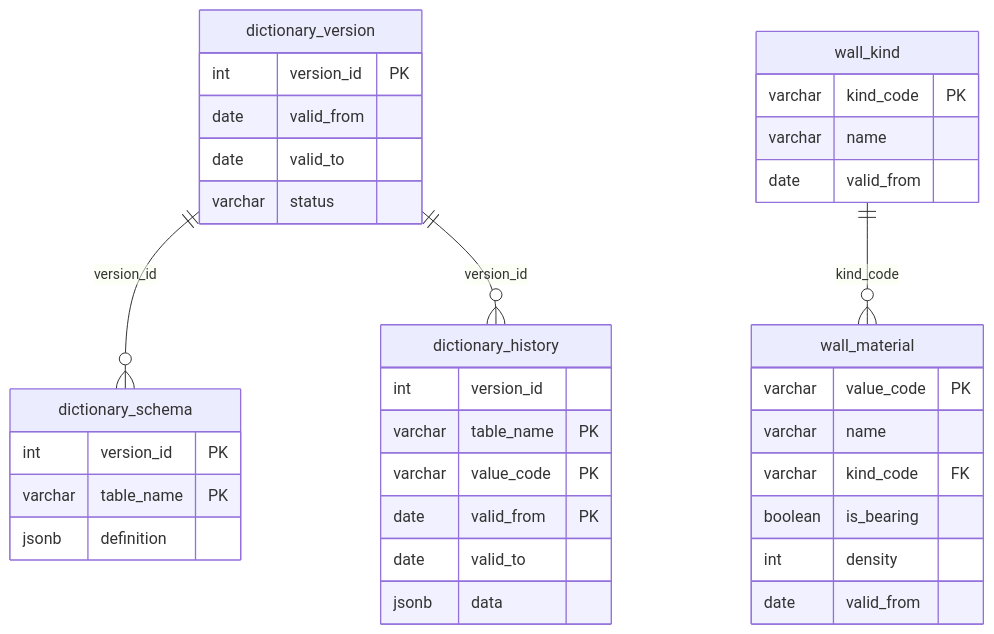
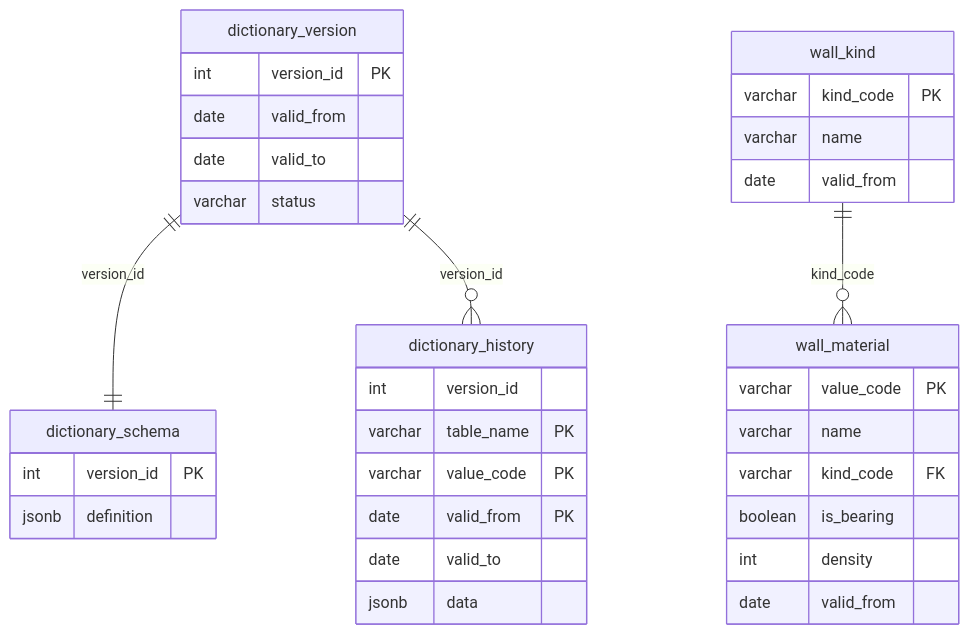
The diagram in docs/3. brainstorm/step_4.md (StrannikE95/reference_data), drawn with Mermaid before and after one commit. The commit also changed other lines of this file, not shown here.

````diff
--- a/docs/3. brainstorm/step_4.md
+++ b/docs/3. brainstorm/step_4.md
@@ -34,43 +34,42 @@
 ```mermaid
 erDiagram
-    dictionary_version ||--o{ dictionary_schema : "version_id"
+    dictionary_version ||--|| dictionary_schema : "version_id"
     dictionary_version ||--o{ dictionary_history : "version_id"
     wall_kind ||--o{ wall_material : "kind_code"
 
     dictionary_version {
         int version_id PK
         date valid_from
         date valid_to
         varchar status
     }
 
     dictionary_schema {
         int version_id PK
-        varchar table_name PK
         jsonb definition
     }
 
     dictionary_history {
         int version_id
         varchar table_name PK
         varchar value_code PK
         date valid_from PK
         date valid_to
         jsonb data
     }
 
     wall_kind {
         varchar kind_code PK
         varchar name
         date valid_from
     }
 
     wall_material {
         varchar value_code PK
         varchar name
         varchar kind_code FK
         boolean is_bearing
         int density
         date valid_from
     }
 ```
````
